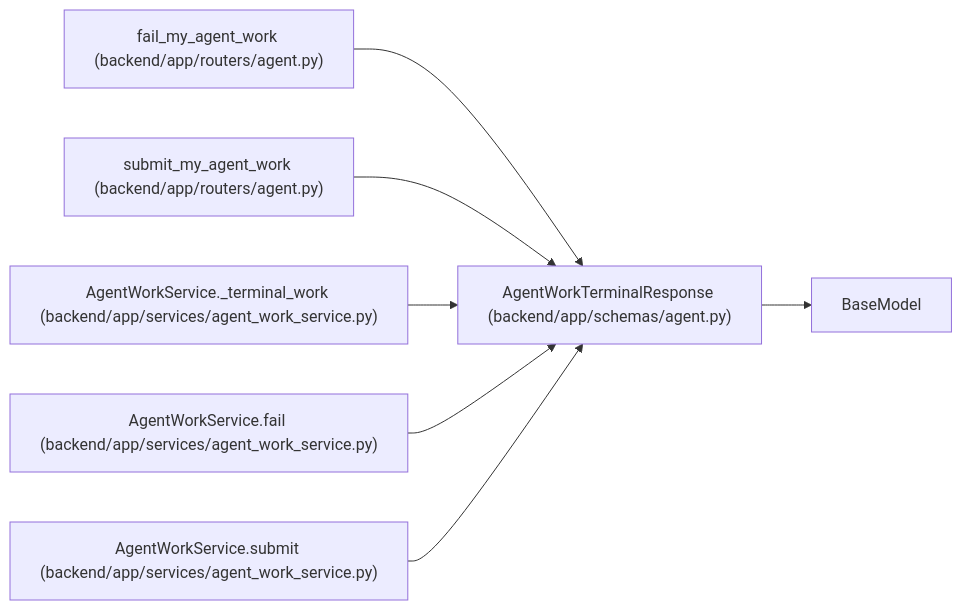
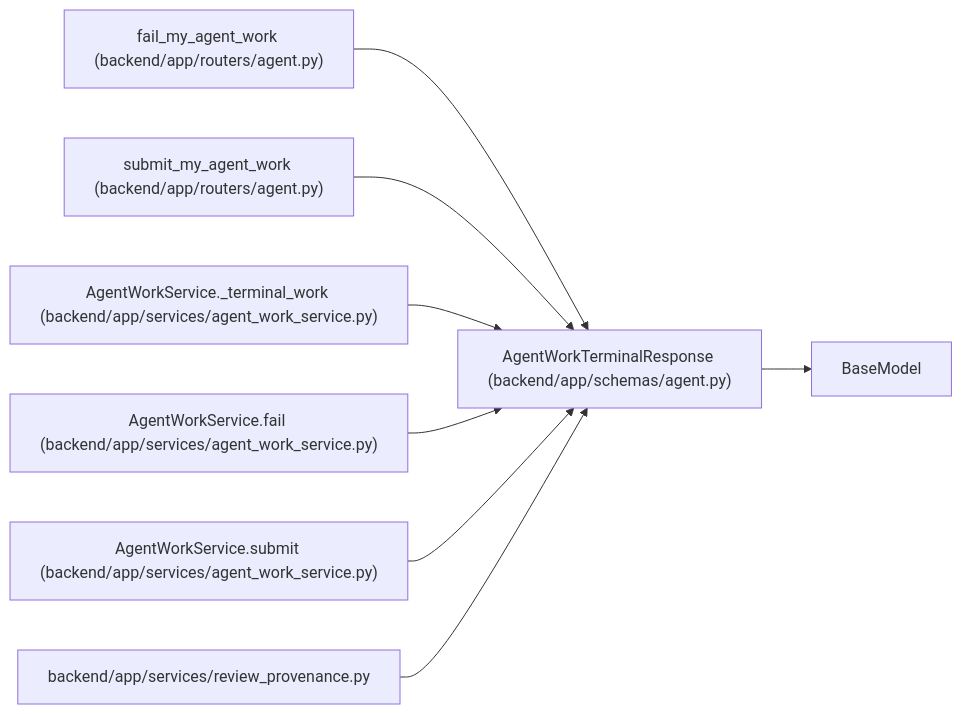
Before and after one commit to Denissvgn/WorkChord: the diagram in docs/llm_wiki/entities/AgentWorkTerminalResponse.md, drawn with Mermaid. The commit also changed other lines of this file and 563 other files, not shown here.

````diff
--- a/docs/llm_wiki/entities/AgentWorkTerminalResponse.md
+++ b/docs/llm_wiki/entities/AgentWorkTerminalResponse.md
@@ -28,22 +28,25 @@
 ```mermaid
 flowchart LR
     n0["AgentWorkTerminalResponse (backend/app/schemas/agent.py)"]
     n1["BaseModel"]
     n2["fail_my_agent_work (backend/app/routers/agent.py)"]
     n3["submit_my_agent_work (backend/app/routers/agent.py)"]
     n4["AgentWorkService._terminal_work (backend/app/services/agent_work_service.py)"]
     n5["AgentWorkService.fail (backend/app/services/agent_work_service.py)"]
     n6["AgentWorkService.submit (backend/app/services/agent_work_service.py)"]
+    n7["backend/app/services/review_provenance.py"]
     n0 --> n1
     n2 --> n0
     n3 --> n0
     n4 --> n0
     n5 --> n0
     n6 --> n0
+    n7 --> n0
     click n0 "../modules/schemas_agent.md"
     click n2 "../modules/routers_agent.md"
     click n3 "../modules/routers_agent.md"
     click n4 "../modules/agent_work_service.md"
     click n5 "../modules/agent_work_service.md"
     click n6 "../modules/agent_work_service.md"
+    click n7 "../modules/review_provenance.md"
 ```
````
